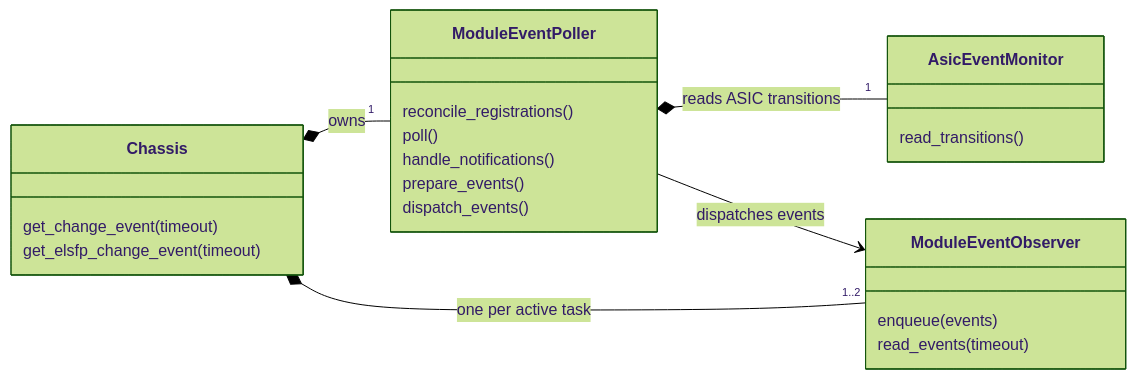
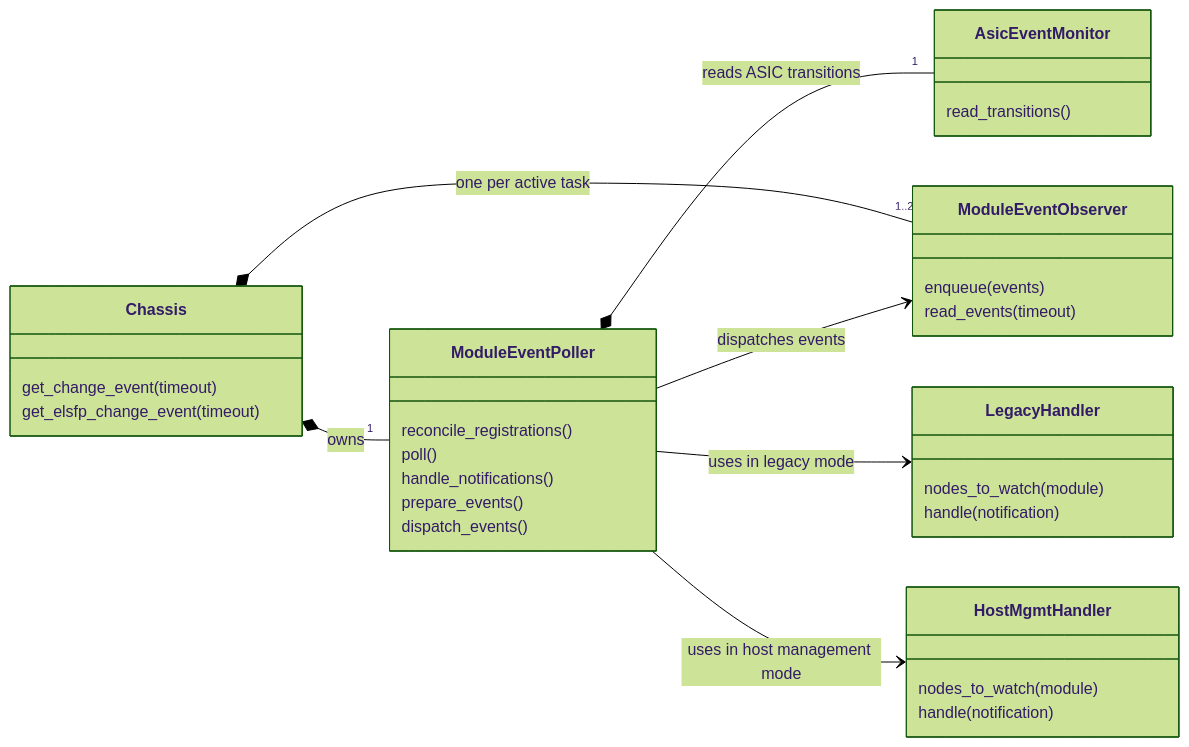
The fourth of 4 diagrams in doc/module-change-event-refactor/module-change-event-refactor-hld.md (sonic-net/SONiC), drawn with Mermaid (forest theme) before and after one commit. The commit also changed other lines of this file, not shown here.

Commit message:
doc: Show legacy and host management event handlers

````diff
--- a/doc/module-change-event-refactor/module-change-event-refactor-hld.md
+++ b/doc/module-change-event-refactor/module-change-event-refactor-hld.md
@@ -176,26 +176,36 @@
 ```mermaid
 classDiagram
     direction LR
     class Chassis {
         get_change_event(timeout)
         get_elsfp_change_event(timeout)
     }
     class ModuleEventPoller {
         reconcile_registrations()
         poll()
         handle_notifications()
         prepare_events()
         dispatch_events()
     }
     class ModuleEventObserver {
         enqueue(events)
         read_events(timeout)
     }
     class AsicEventMonitor {
         read_transitions()
     }
+    class LegacyHandler {
+        nodes_to_watch(module)
+        handle(notification)
+    }
+    class HostMgmtHandler {
+        nodes_to_watch(module)
+        handle(notification)
+    }
     Chassis *-- "1" ModuleEventPoller : owns
     Chassis *-- "1..2" ModuleEventObserver : one per active task
     ModuleEventPoller *-- "1" AsicEventMonitor : reads ASIC transitions
     ModuleEventPoller --> ModuleEventObserver : dispatches events
+    ModuleEventPoller --> LegacyHandler : uses in legacy mode
+    ModuleEventPoller --> HostMgmtHandler : uses in host management mode
 ```
````
